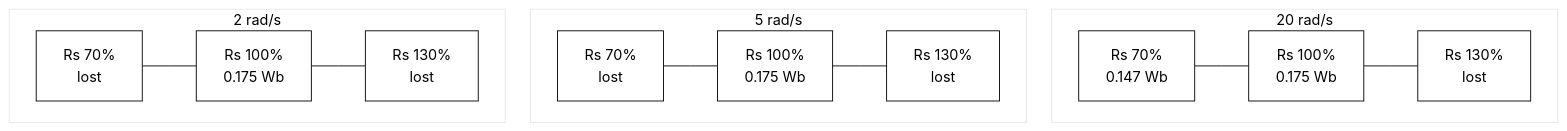
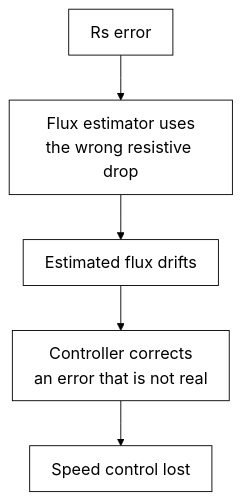
The second of 2 diagrams in experiments/exp02_robustness/README.md (kunalkushwahatg/Direct-torque-control-of-PMSM-motor), drawn with Mermaid before and after one commit. The commit also changed other lines of this file and 5 other files, not shown here.

Commit message:
Simplify and enlarge all remaining block diagrams

````diff
--- a/experiments/exp02_robustness/README.md
+++ b/experiments/exp02_robustness/README.md
@@ -86,16 +86,8 @@
 ```mermaid
-%%{init: {'theme': 'base', 'themeVariables': {'primaryColor': '#ffffff', 'primaryTextColor': '#000000', 'primaryBorderColor': '#000000', 'lineColor': '#000000', 'secondaryColor': '#ffffff', 'tertiaryColor': '#ffffff', 'fontFamily': 'Helvetica, Arial, sans-serif'}, 'flowchart': {'curve': 'linear', 'nodeSpacing': 28, 'rankSpacing': 35}, 'themeCSS': '.node rect, .node circle, .node ellipse, .node polygon, .node path { filter: none !important; stroke-width: 1px !important; } .cluster rect { filter: none !important; } .edgePath path { filter: none !important; stroke-width: 1px !important; }'}}%%
+%%{init: {'theme': 'base', 'themeVariables': {'primaryColor': '#ffffff', 'primaryTextColor': '#000000', 'primaryBorderColor': '#000000', 'lineColor': '#000000', 'secondaryColor': '#ffffff', 'tertiaryColor': '#ffffff', 'fontFamily': 'Arial, Helvetica, sans-serif', 'fontSize': '18px'}, 'flowchart': {'curve': 'linear', 'nodeSpacing': 40, 'rankSpacing': 50, 'padding': 12}, 'themeCSS': '.node rect, .node circle, .node ellipse, .node polygon, .node path { filter: none !important; stroke-width: 1.5px !important; } .cluster rect { filter: none !important; } .edgePath path { filter: none !important; stroke-width: 1.5px !important; } .nodeLabel { font-size: 18px !important; } .edgeLabel { font-size: 16px !important; }'}}%%
 flowchart TB
-    subgraph S20["20 rad/s"]
-        direction LR
-        A1["Rs 70%<br/>0.147 Wb"] --- A2["Rs 100%<br/>0.175 Wb"] --- A3["Rs 130%<br/>lost"]
-    end
-    subgraph S5["5 rad/s"]
-        direction LR
-        B1["Rs 70%<br/>lost"] --- B2["Rs 100%<br/>0.175 Wb"] --- B3["Rs 130%<br/>lost"]
-    end
-    subgraph S2["2 rad/s"]
-        direction LR
-        C1["Rs 70%<br/>lost"] --- C2["Rs 100%<br/>0.175 Wb"] --- C3["Rs 130%<br/>lost"]
-    end
+    A["Rs error"] --> B["Flux estimator uses<br/>the wrong resistive drop"]
+    B --> C["Estimated flux drifts"]
+    C --> D["Controller corrects<br/>an error that is not real"]
+    D --> E["Speed control lost"]
 ```
````
